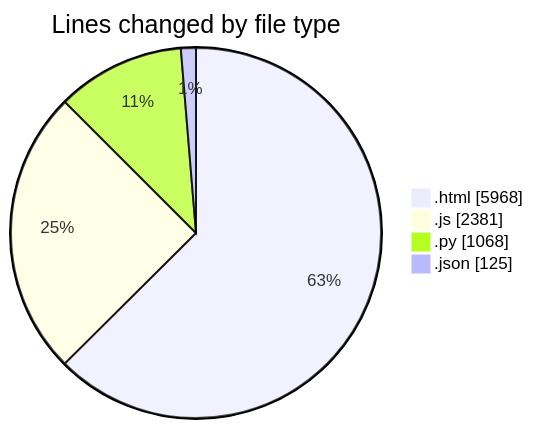
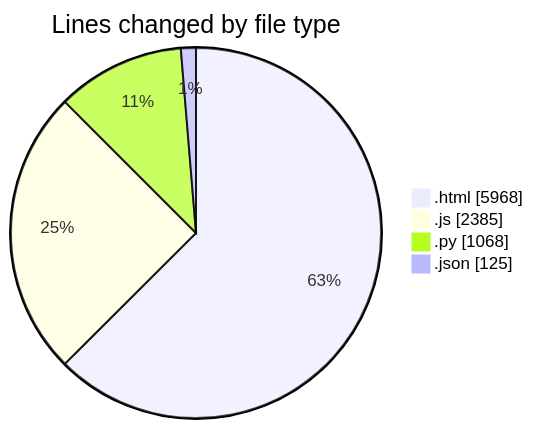
One commit to shibass792/code-tracking changed the first of 2 diagrams in 2026-07-15/shibass-ai/README.md. Above: the diagram before and after it, drawn with Mermaid. The commit also changed other lines of this file and 1 other file, not shown here.

````diff
--- a/2026-07-15/shibass-ai/README.md
+++ b/2026-07-15/shibass-ai/README.md
@@ -31,8 +31,8 @@
 ```mermaid
 pie showData
 title Lines changed by file type
 ".html" : 5968
-".js" : 2381
+".js" : 2385
 ".py" : 1068
 ".json" : 125
 ```
````
